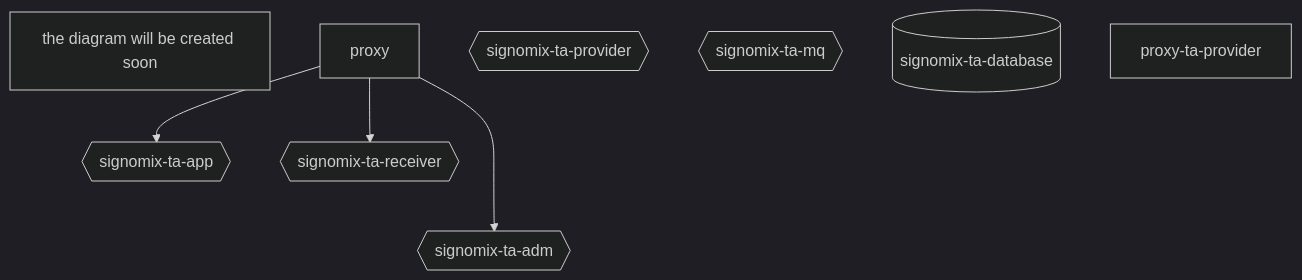
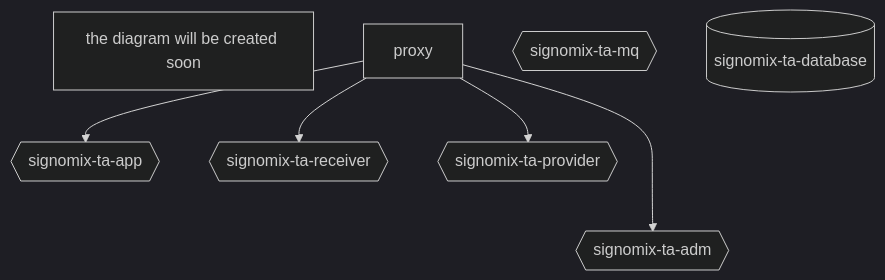
Before and after one commit to signomix/signomix: the diagram in README.md, drawn with Mermaid (dark theme).

````diff
--- a/README.md
+++ b/README.md
@@ -23,18 +23,15 @@
 ```mermaid
 flowchart TD
   info1[the diagram will be created soon]
-  
   proxy
   ta-app{{signomix-ta-app}}
   ta-adm{{signomix-ta-adm}}
   ta-receiver{{signomix-ta-receiver}}
   ta-provider{{signomix-ta-provider}}
   ta-mq{{signomix-ta-mq}}
   ta-database[(signomix-ta-database)]
-  
   proxy-->ta-app
   proxy--->ta-adm
   proxy-->ta-receiver
-  proxy-ta-provider
-  
+  proxy-->ta-provider
 ```
````
